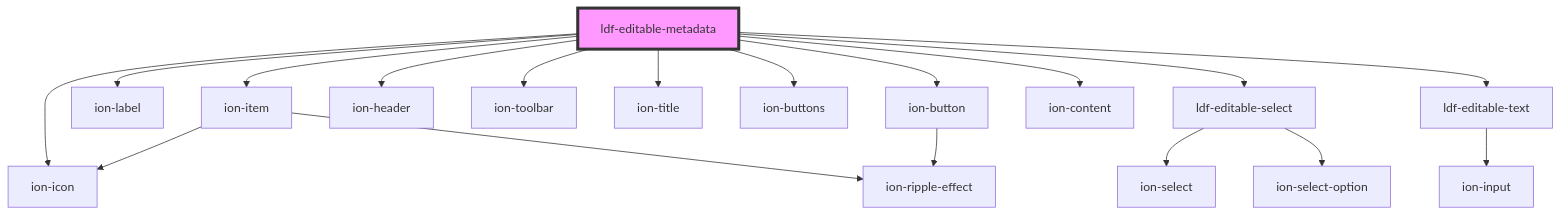
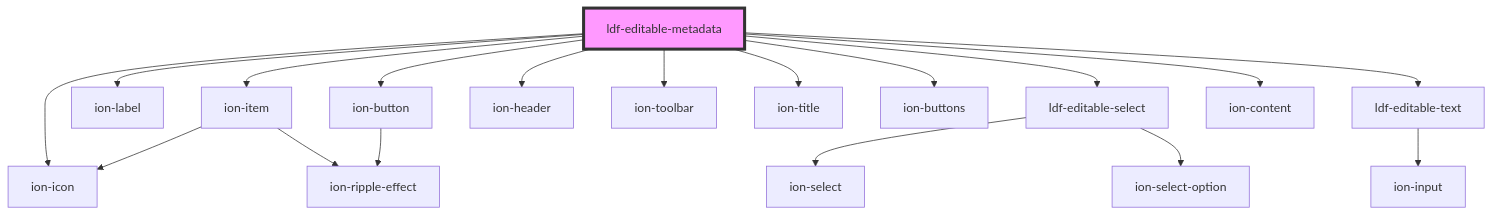
Before and after one commit to gbj/venite: the diagram in components/src/components/editable-metadata/readme.md, drawn with Mermaid. The commit also changed other lines of this file and 15 other files, not shown here.

````diff
--- a/components/src/components/editable-metadata/readme.md
+++ b/components/src/components/editable-metadata/readme.md
@@ -36,21 +36,21 @@
 ```mermaid
 graph TD;
   ldf-editable-metadata --> ion-item
   ldf-editable-metadata --> ion-label
   ldf-editable-metadata --> ldf-editable-select
+  ldf-editable-metadata --> ldf-editable-text
   ldf-editable-metadata --> ion-header
   ldf-editable-metadata --> ion-toolbar
   ldf-editable-metadata --> ion-title
   ldf-editable-metadata --> ion-buttons
   ldf-editable-metadata --> ion-button
   ldf-editable-metadata --> ion-icon
   ldf-editable-metadata --> ion-content
-  ldf-editable-metadata --> ldf-editable-text
   ion-item --> ion-icon
   ion-item --> ion-ripple-effect
   ldf-editable-select --> ion-select
   ldf-editable-select --> ion-select-option
+  ldf-editable-text --> ion-input
   ion-button --> ion-ripple-effect
-  ldf-editable-text --> ion-input
   style ldf-editable-metadata fill:#f9f,stroke:#333,stroke-width:4px
 ```
````
